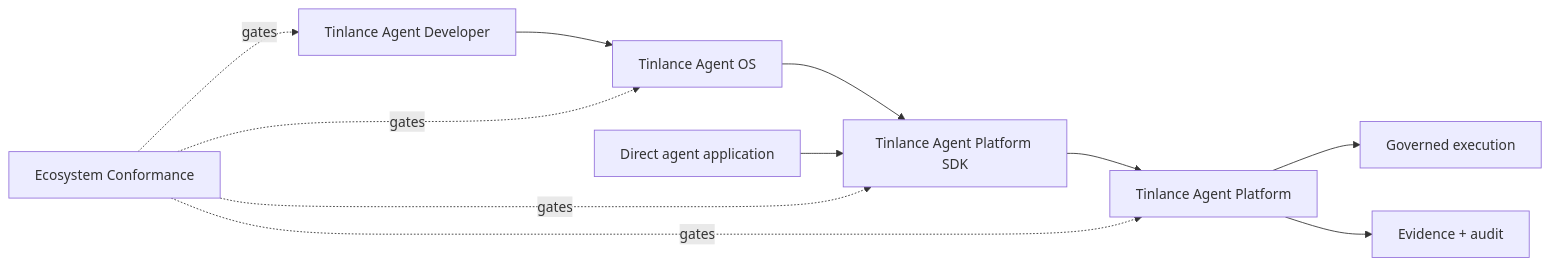
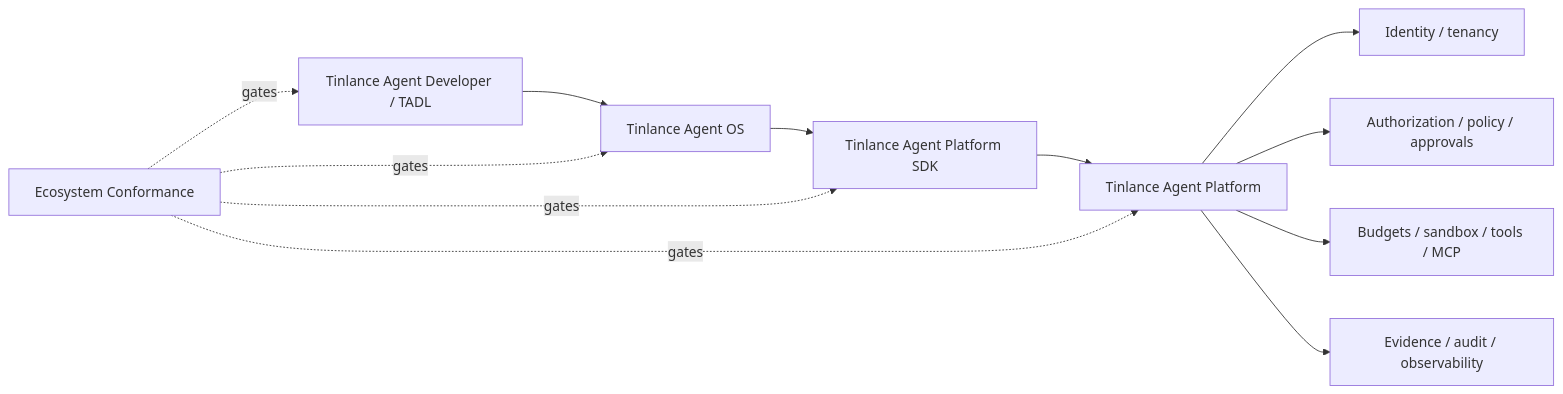
One commit to LloydCoder/tinlance-agent-platform-sdk changed the diagram in docs/integration/ECOSYSTEM.md. Above: the diagram before and after it, drawn with Mermaid. The commit also changed other lines of this file, not shown here.

Commit message:
docs: reconcile enterprise milestone vocabulary and flowcharts (#29)
* docs: reconcile enterprise milestone vocabulary

* docs: align canonical ecosystem flowchart

````diff
--- a/docs/integration/ECOSYSTEM.md
+++ b/docs/integration/ECOSYSTEM.md
@@ -5,13 +5,14 @@
 ```mermaid
 flowchart LR
-    D[Tinlance Agent Developer] --> O[Tinlance Agent OS]
+    D[Tinlance Agent Developer / TADL] --> O[Tinlance Agent OS]
     O --> S[Tinlance Agent Platform SDK]
-    A[Direct agent application] --> S
     S --> P[Tinlance Agent Platform]
-    P --> X[Governed execution]
-    P --> V[Evidence + audit]
+    P --> A[Identity / tenancy]
+    P --> Z[Authorization / policy / approvals]
+    P --> X[Budgets / sandbox / tools / MCP]
+    P --> V[Evidence / audit / observability]
     C[Ecosystem Conformance] -. gates .-> D
     C -. gates .-> O
     C -. gates .-> S
     C -. gates .-> P
 ```
````
